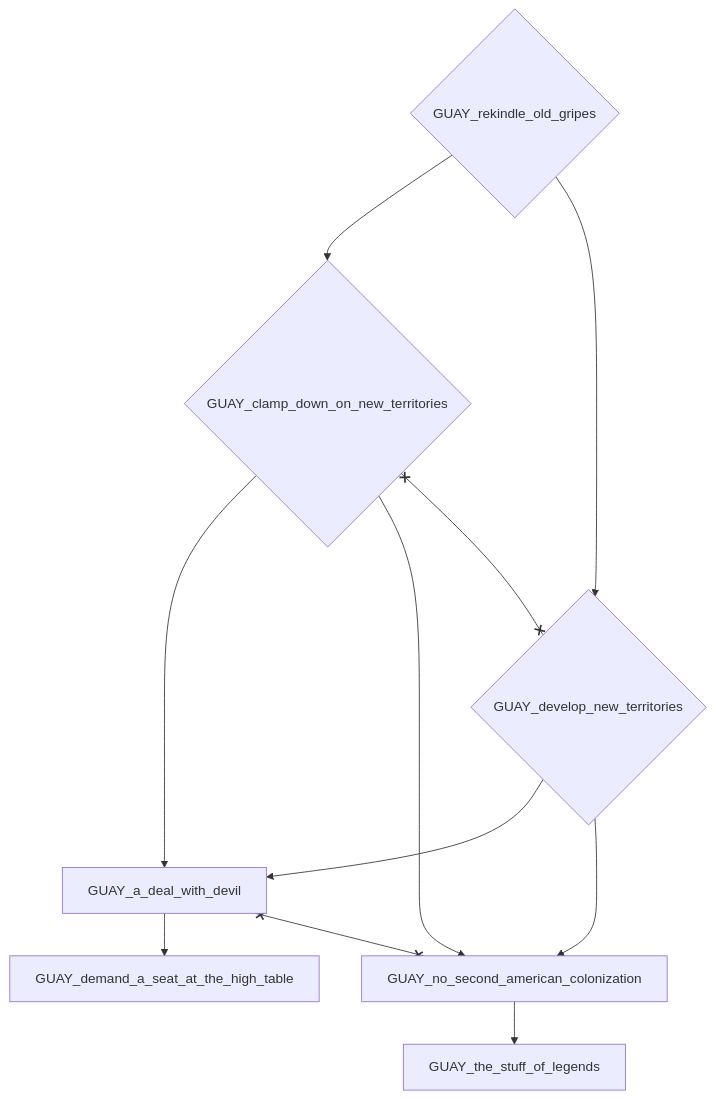
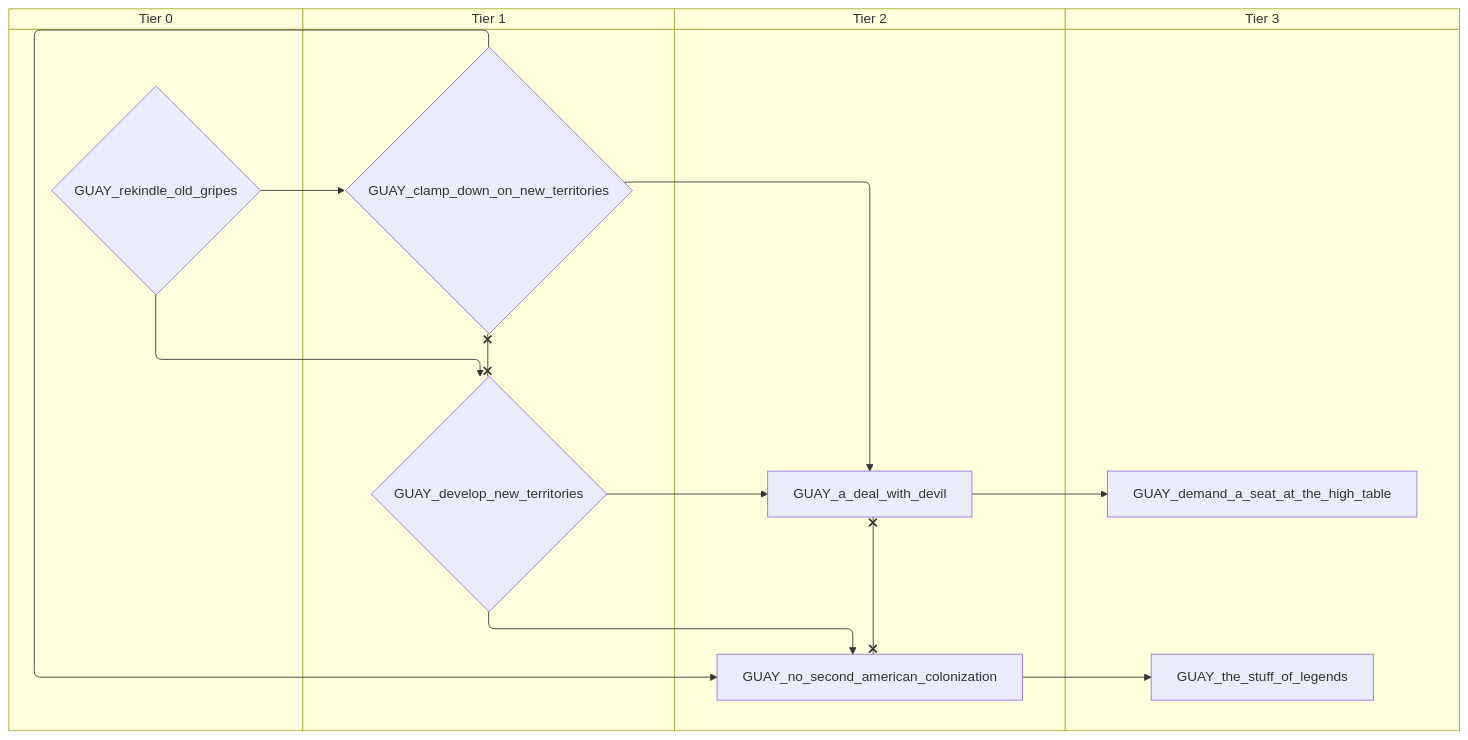
Before and after one commit to evgeny-sobol/hoi4-sandbox-mode-r56: the sixth of 7 diagrams in docs/gdd/National Focuses/paraguay_uruguay_shared_branch.md, drawn with Mermaid. The commit also changed other lines of this file and 423 other files, not shown here.

First line of the commit message:
Re-export Rt56 focus trees as swimlane diagrams

````diff
--- a/docs/gdd/National Focuses/paraguay_uruguay_shared_branch.md
+++ b/docs/gdd/National Focuses/paraguay_uruguay_shared_branch.md
@@ -141,20 +185,28 @@
 ```mermaid
-flowchart TD
-    n37["GUAY_a_deal_with_devil"]
-    n38{"GUAY_clamp_down_on_new_territories"}
-    n39["GUAY_demand_a_seat_at_the_high_table"]
-    n40{"GUAY_develop_new_territories"}
-    n41["GUAY_no_second_american_colonization"]
-    n42{"GUAY_rekindle_old_gripes"}
-    n43["GUAY_the_stuff_of_legends"]
-    n38 --> n37
-    n40 --> n37
-    n42 --> n38
+swimlane-beta TD
+    subgraph tier_0["Tier 0"]
+        n37{"GUAY_rekindle_old_gripes"}
+    end
+    subgraph tier_1["Tier 1"]
+        n38{"GUAY_clamp_down_on_new_territories"}
+        n39{"GUAY_develop_new_territories"}
+    end
+    subgraph tier_2["Tier 2"]
+        n40["GUAY_a_deal_with_devil"]
+        n41["GUAY_no_second_american_colonization"]
+    end
+    subgraph tier_3["Tier 3"]
+        n42["GUAY_demand_a_seat_at_the_high_table"]
+        n43["GUAY_the_stuff_of_legends"]
+    end
+    n38 --> n40
+    n39 --> n40
+    n37 --> n38
+    n40 --> n42
     n37 --> n39
-    n42 --> n40
-    n40 --> n41
+    n39 --> n41
     n38 --> n41
     n41 --> n43
-    n37 x--x n41
-    n38 x--x n40
+    n40 x--x n41
+    n38 x--x n39
 ```
````
